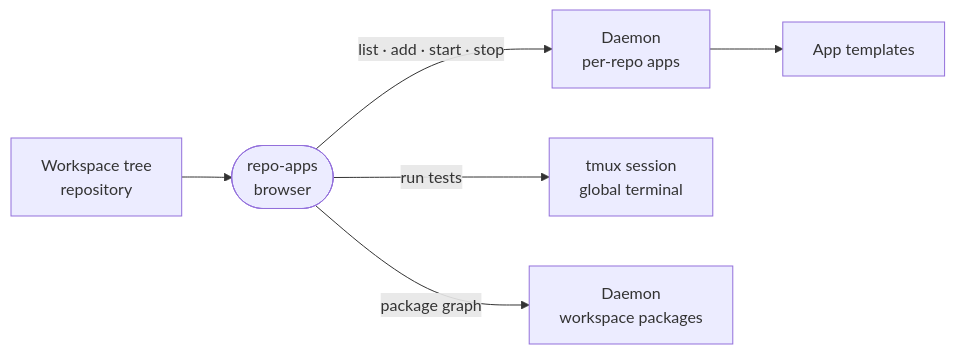
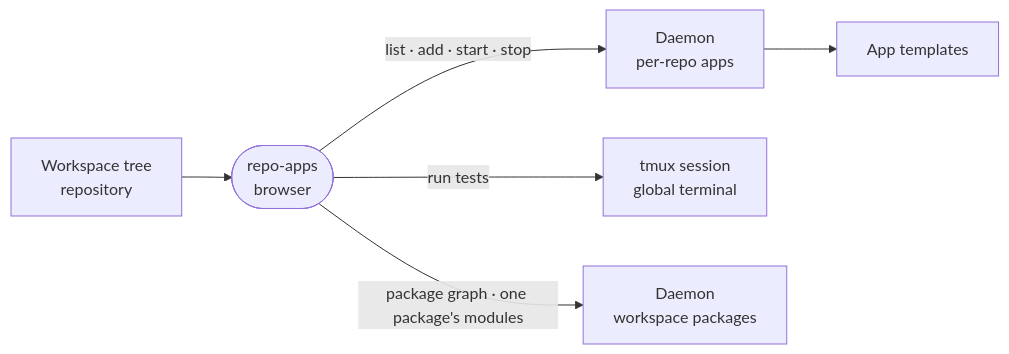
Before and after one commit to intentic/intentic: the diagram in _extensions/repo-apps/README.md, drawn with Mermaid. The commit also changed other lines of this file and 47 other files, not shown here.

First line of the commit message:
feat(repo-apps): add DepsOverview DepsGraph PackageInside tabs and packageModules

````diff
--- a/_extensions/repo-apps/README.md
+++ b/_extensions/repo-apps/README.md
@@ -5,8 +5,8 @@
 ```mermaid
 flowchart LR
     tree["Workspace tree<br/>repository"] --> ext(["repo-apps<br/>browser"])
     ext -->|"list · add · start · stop"| apps["Daemon<br/>per-repo apps"]
     ext -->|"run tests"| tmux["tmux session<br/>global terminal"]
-    ext -->|"package graph"| pkgs["Daemon<br/>workspace packages"]
+    ext -->|"package graph · one package's modules"| pkgs["Daemon<br/>workspace packages"]
     apps --> tpl["App templates"]
 ```
````
